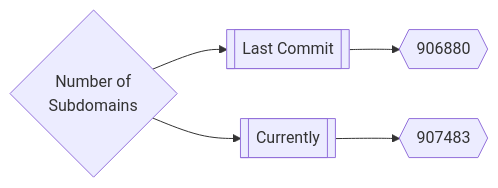
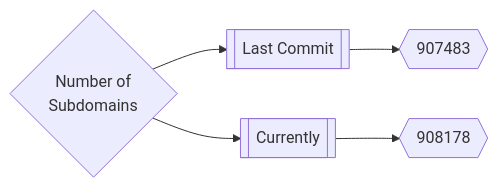
The first of 3 diagrams in README.md (trickest/inventory), drawn with Mermaid before and after one commit.

Commit message:
Update README.md Wed Jul 20 21:17:52 UTC 2022

````diff
--- a/README.md
+++ b/README.md
@@ -167,5 +167,5 @@
 ```mermaid
 graph LR
-title{Number of<br>Subdomains} --> subdomainsDate1[[Last Commit]] --> subdomainsNum1{{906880}}
-title --> subdomainsDate2[[Currently]] --> subdomainsNum2{{907483}}
+title{Number of<br>Subdomains} --> subdomainsDate1[[Last Commit]] --> subdomainsNum1{{907483}}
+title --> subdomainsDate2[[Currently]] --> subdomainsNum2{{908178}}
 ```
````
